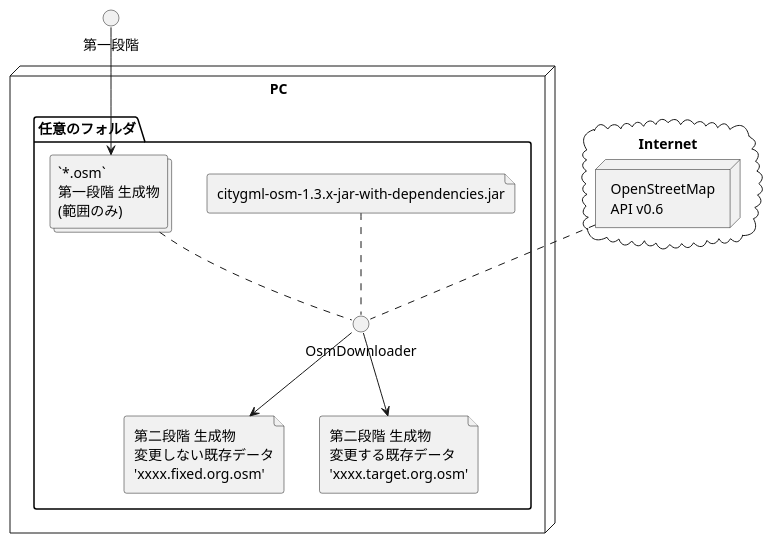
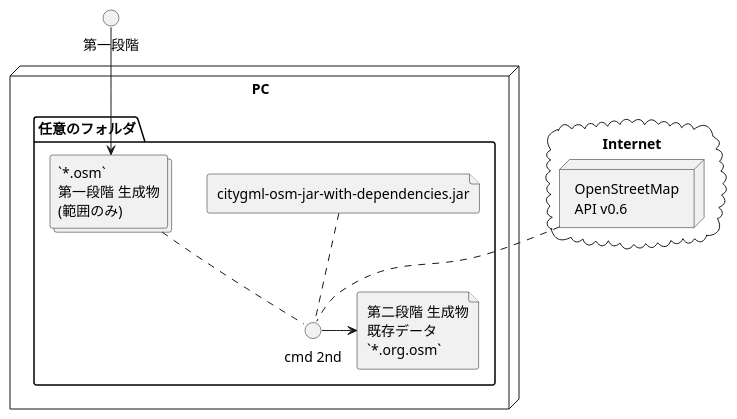
Before and after one commit to yuuhayashi/citygml-osm: the diagram in doc/OsmDownloader/download.pu, drawn with PlantUML. The commit also changed 7 other files, not shown here.

```diff
--- a/doc/OsmDownloader/download.pu
+++ b/doc/OsmDownloader/download.pu
@@ -1,28 +1,26 @@
 @startuml
 cloud Internet {
  node "OpenStreetMap\nAPI v0.6" as osmapi
 }
 
  () "第一段階" as step1
 
 node PC {
 
  folder 任意のフォルダ {
 
-  file "citygml-osm-1.3.x-jar-with-dependencies.jar" as jar
+  file "citygml-osm-jar-with-dependencies.jar" as jar
   collections "`*.osm`\n第一段階 生成物\n(範囲のみ)" as osm
   step1 --> osm
  
-  () "OsmDownloader" as cmd
+  () "cmd 2nd" as cmd
   jar .. cmd
   osm .. cmd
   osmapi .. cmd
  
-  file "第二段階 生成物\n変更しない既存データ\n'xxxx.fixed.org.osm'" as fixed
-  file "第二段階 生成物\n変更する既存データ\n'xxxx.target.org.osm'" as target
-  cmd --> fixed
-  cmd --> target
+  file "第二段階 生成物\n既存データ\n`*.org.osm`" as org
+  cmd -> org
  }
 
 }
 @enduml
```
